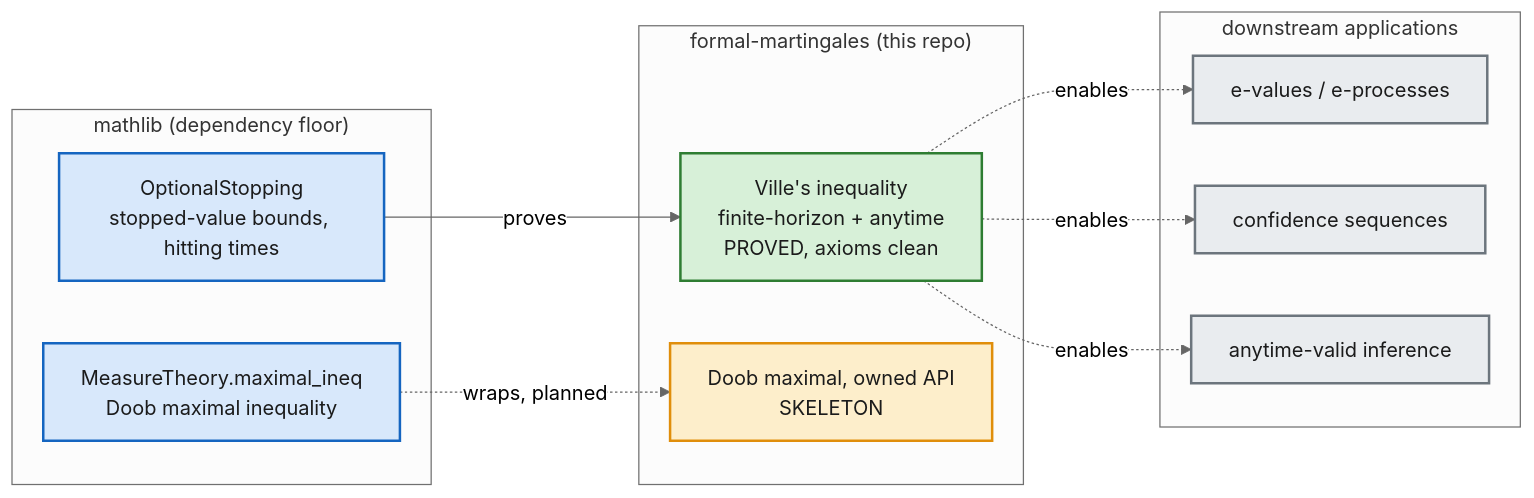
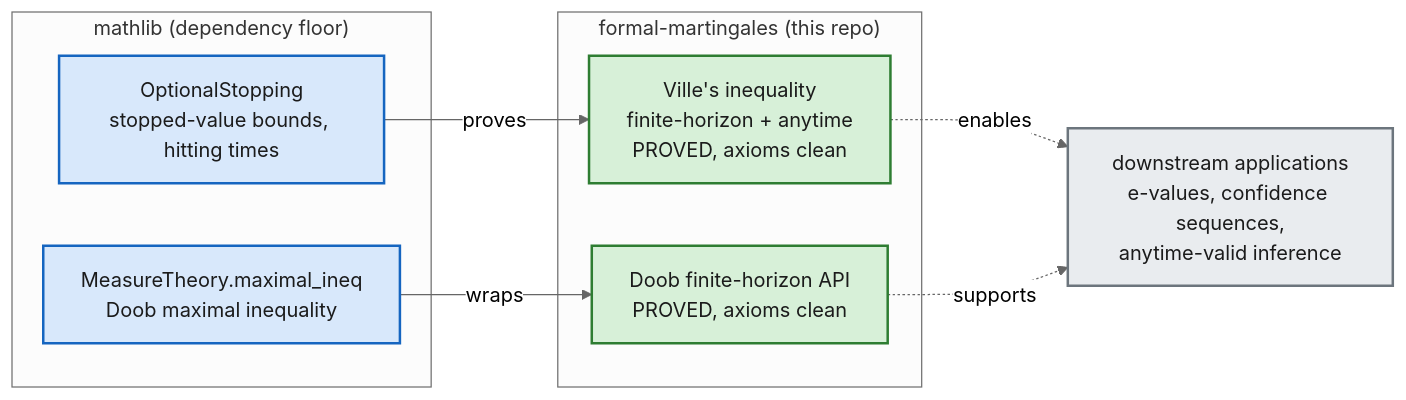
Before and after one commit to Robby955/formal-martingales: the diagram in docs/figures/proof-chain.mmd, drawn with Mermaid (neutral theme). The commit also changed 8 other files, not shown here.

Commit message:
prove finite-horizon Doob API

```diff
--- a/docs/figures/proof-chain.mmd
+++ b/docs/figures/proof-chain.mmd
@@ -1,32 +1,25 @@
 %% formal-martingales proof-chain dependency
 %% Render: mmdc -i docs/figures/proof-chain.mmd -o docs/figures/proof-chain.png -b white -s 2
 flowchart LR
     subgraph mathlib["mathlib (dependency floor)"]
         M1["MeasureTheory.maximal_ineq<br/>Doob maximal inequality"]
         M2["OptionalStopping<br/>stopped-value bounds, hitting times"]
     end
     subgraph lib["formal-martingales (this repo)"]
         V["Ville's inequality<br/>finite-horizon + anytime<br/>PROVED, axioms clean"]
-        D["Doob maximal, owned API<br/>SKELETON"]
+        D["Doob finite-horizon API<br/>PROVED, axioms clean"]
     end
-    subgraph apps["downstream applications"]
-        A1["e-values / e-processes"]
-        A2["confidence sequences"]
-        A3["anytime-valid inference"]
-    end
+    A["downstream applications<br/>e-values, confidence sequences,<br/>anytime-valid inference"]
 
     M2 -- proves --> V
-    M1 -. wraps, planned .-> D
-    V -. enables .-> A1
-    V -. enables .-> A2
-    V -. enables .-> A3
+    M1 -- wraps --> D
+    V -. enables .-> A
+    D -. supports .-> A
 
     classDef proved fill:#d7f0d8,stroke:#2e7d32,stroke-width:2px,color:#1b1b1b;
-    classDef skeleton fill:#fdeecb,stroke:#e08e0b,stroke-width:2px,color:#1b1b1b;
     classDef dep fill:#d8e8fb,stroke:#1565c0,stroke-width:2px,color:#1b1b1b;
     classDef planned fill:#e9ecef,stroke:#6c757d,stroke-width:2px,color:#1b1b1b;
 
-    class V proved;
-    class D skeleton;
+    class V,D proved;
     class M1,M2 dep;
-    class A1,A2,A3 planned;
+    class A planned;
```
